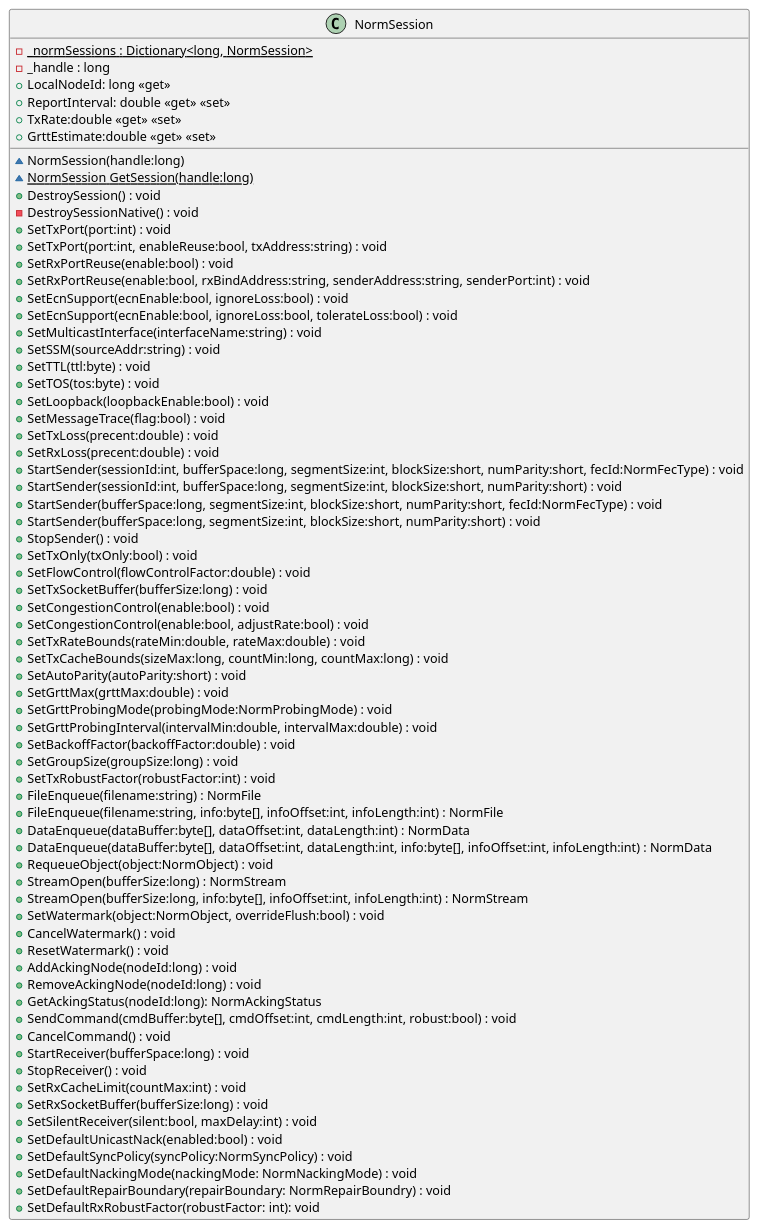
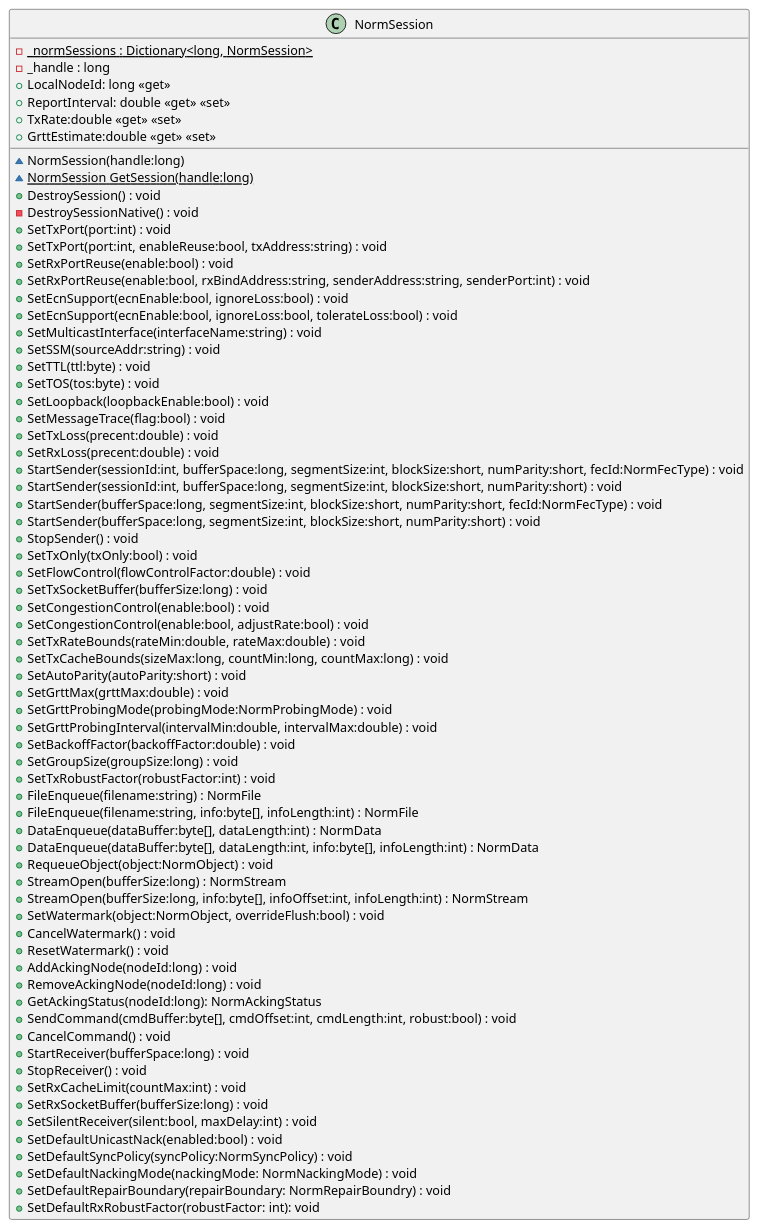
The diagram in src/dotnet/design/Mil/Navy/Nrl/Norm/NormSession.puml (mullerj/norm), drawn with PlantUML before and after one commit. The commit also changed 2 other files, not shown here.

Commit message:
Updated enqueue methods

```diff
--- a/src/dotnet/design/Mil/Navy/Nrl/Norm/NormSession.puml
+++ b/src/dotnet/design/Mil/Navy/Nrl/Norm/NormSession.puml
@@ -1,72 +1,72 @@
 @startuml
 class NormSession {
     {static} -_normSessions : Dictionary<long, NormSession>
     - _handle : long
     ~ NormSession(handle:long)
     {static} ~ NormSession GetSession(handle:long)
     + DestroySession() : void
     - DestroySessionNative() : void
     + LocalNodeId: long <<get>>
     + SetTxPort(port:int) : void
     + SetTxPort(port:int, enableReuse:bool, txAddress:string) : void
     + SetRxPortReuse(enable:bool) : void
     + SetRxPortReuse(enable:bool, rxBindAddress:string, senderAddress:string, senderPort:int) : void
     + SetEcnSupport(ecnEnable:bool, ignoreLoss:bool) : void
     + SetEcnSupport(ecnEnable:bool, ignoreLoss:bool, tolerateLoss:bool) : void
     + SetMulticastInterface(interfaceName:string) : void
     + SetSSM(sourceAddr:string) : void
     + SetTTL(ttl:byte) : void
     + SetTOS(tos:byte) : void
     + SetLoopback(loopbackEnable:bool) : void
     + SetMessageTrace(flag:bool) : void
     + SetTxLoss(precent:double) : void
     + SetRxLoss(precent:double) : void
     + ReportInterval: double <<get>> <<set>>
     + StartSender(sessionId:int, bufferSpace:long, segmentSize:int, blockSize:short, numParity:short, fecId:NormFecType) : void
     + StartSender(sessionId:int, bufferSpace:long, segmentSize:int, blockSize:short, numParity:short) : void
     + StartSender(bufferSpace:long, segmentSize:int, blockSize:short, numParity:short, fecId:NormFecType) : void
     + StartSender(bufferSpace:long, segmentSize:int, blockSize:short, numParity:short) : void
     + StopSender() : void
     + SetTxOnly(txOnly:bool) : void
     + TxRate:double <<get>> <<set>>
     + SetFlowControl(flowControlFactor:double) : void
     + SetTxSocketBuffer(bufferSize:long) : void
     + SetCongestionControl(enable:bool) : void
     + SetCongestionControl(enable:bool, adjustRate:bool) : void
     + SetTxRateBounds(rateMin:double, rateMax:double) : void
     + SetTxCacheBounds(sizeMax:long, countMin:long, countMax:long) : void
     + SetAutoParity(autoParity:short) : void
     + GrttEstimate:double <<get>> <<set>>
     + SetGrttMax(grttMax:double) : void
     + SetGrttProbingMode(probingMode:NormProbingMode) : void
     + SetGrttProbingInterval(intervalMin:double, intervalMax:double) : void
     + SetBackoffFactor(backoffFactor:double) : void
     + SetGroupSize(groupSize:long) : void
     + SetTxRobustFactor(robustFactor:int) : void
     + FileEnqueue(filename:string) : NormFile
-    + FileEnqueue(filename:string, info:byte[], infoOffset:int, infoLength:int) : NormFile
-    + DataEnqueue(dataBuffer:byte[], dataOffset:int, dataLength:int) : NormData
-    + DataEnqueue(dataBuffer:byte[], dataOffset:int, dataLength:int, info:byte[], infoOffset:int, infoLength:int) : NormData
+    + FileEnqueue(filename:string, info:byte[], infoLength:int) : NormFile
+    + DataEnqueue(dataBuffer:byte[], dataLength:int) : NormData
+    + DataEnqueue(dataBuffer:byte[], dataLength:int, info:byte[], infoLength:int) : NormData
     + RequeueObject(object:NormObject) : void
     + StreamOpen(bufferSize:long) : NormStream
     + StreamOpen(bufferSize:long, info:byte[], infoOffset:int, infoLength:int) : NormStream
     + SetWatermark(object:NormObject, overrideFlush:bool) : void
     + CancelWatermark() : void
     + ResetWatermark() : void
     + AddAckingNode(nodeId:long) : void
     + RemoveAckingNode(nodeId:long) : void
     + GetAckingStatus(nodeId:long): NormAckingStatus
     + SendCommand(cmdBuffer:byte[], cmdOffset:int, cmdLength:int, robust:bool) : void
     + CancelCommand() : void
     + StartReceiver(bufferSpace:long) : void
     + StopReceiver() : void
     + SetRxCacheLimit(countMax:int) : void
     + SetRxSocketBuffer(bufferSize:long) : void
     + SetSilentReceiver(silent:bool, maxDelay:int) : void
     + SetDefaultUnicastNack(enabled:bool) : void
     + SetDefaultSyncPolicy(syncPolicy:NormSyncPolicy) : void
     + SetDefaultNackingMode(nackingMode: NormNackingMode) : void
     + SetDefaultRepairBoundary(repairBoundary: NormRepairBoundry) : void
     + SetDefaultRxRobustFactor(robustFactor: int): void
 }
 @enduml
```
